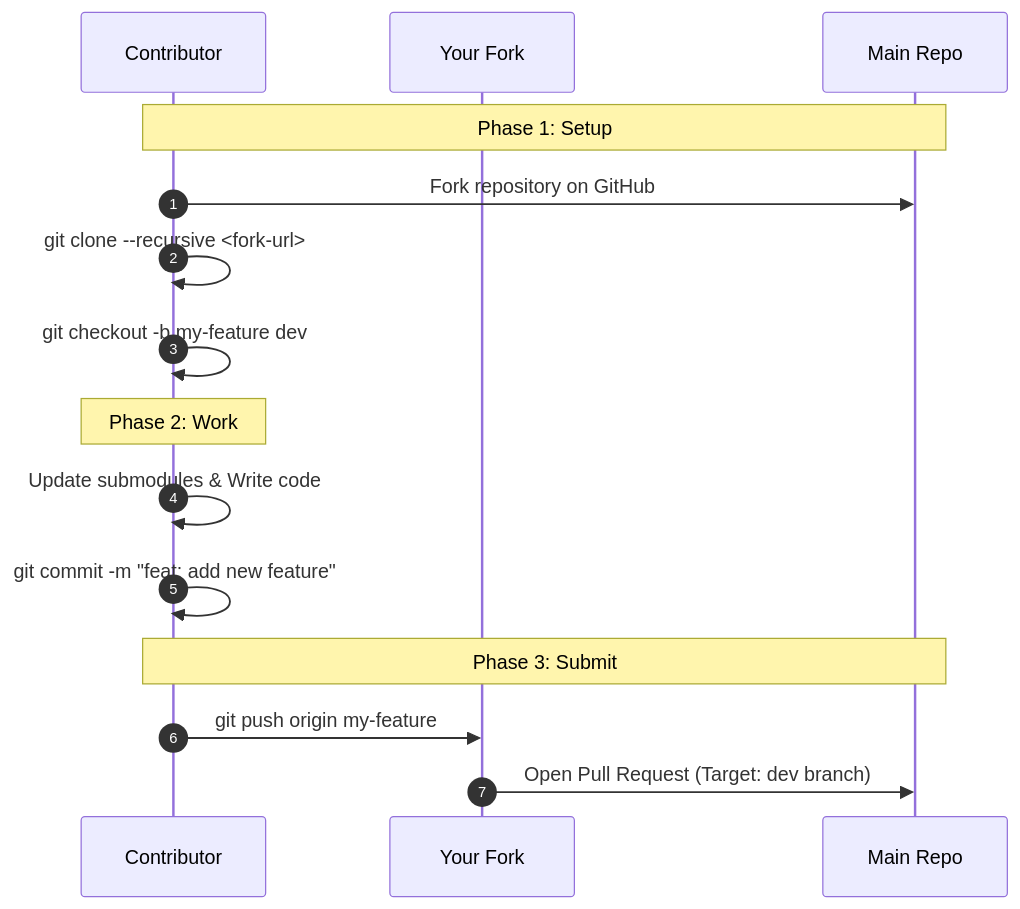
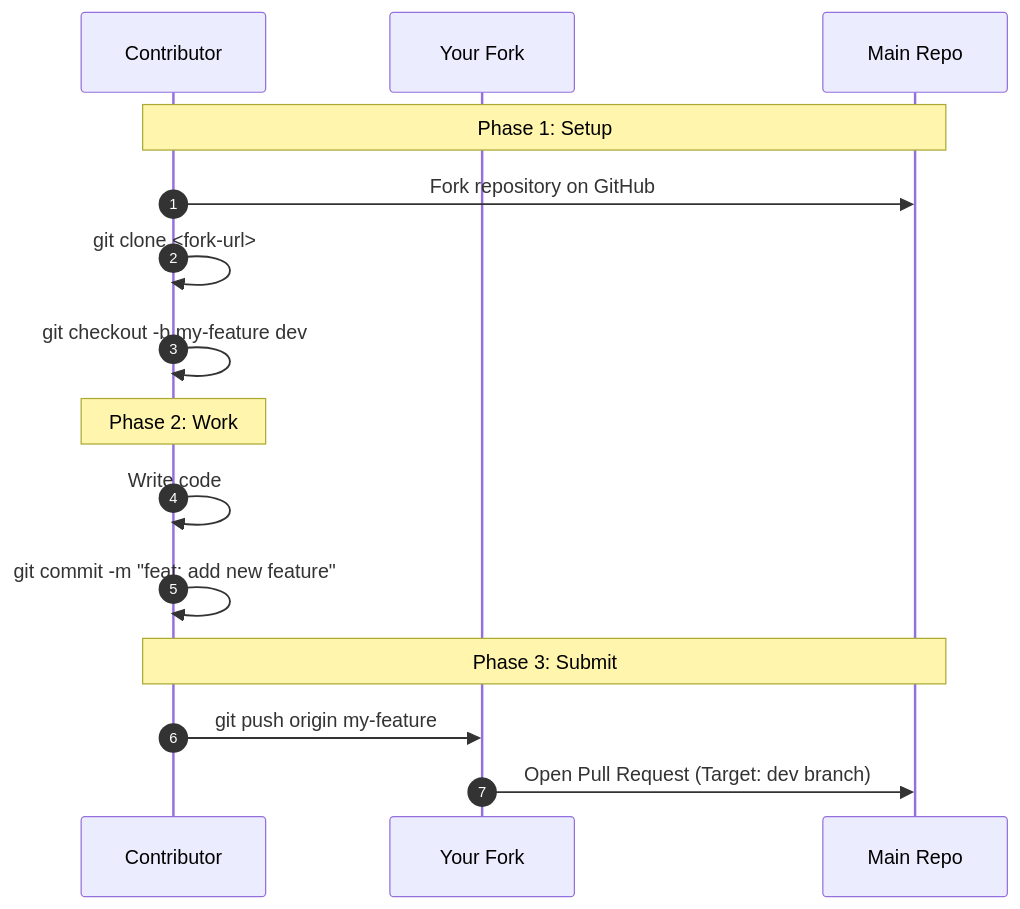
One commit to Mehmetmrtgl/library_chatbot changed the third of 3 diagrams in README.md. Above: the diagram before and after it, drawn with Mermaid. The commit also changed other lines of this file and 5 other files, not shown here.

````diff
--- a/README.md
+++ b/README.md
@@ -214,20 +210,20 @@
 ```mermaid
 sequenceDiagram
     autonumber
     participant Contributor
     participant Fork as Your Fork
     participant Main as Main Repo
 
     Note over Contributor, Main: Phase 1: Setup
     Contributor->>Main: Fork repository on GitHub
-    Contributor->>Contributor: git clone --recursive <fork-url>
+    Contributor->>Contributor: git clone <fork-url>
     Contributor->>Contributor: git checkout -b my-feature dev
 
     Note over Contributor: Phase 2: Work
-    Contributor->>Contributor: Update submodules & Write code
+    Contributor->>Contributor: Write code
     Contributor->>Contributor: git commit -m "feat: add new feature"
 
     Note over Contributor, Main: Phase 3: Submit
     Contributor->>Fork: git push origin my-feature
     Fork->>Main: Open Pull Request (Target: dev branch)
 ```
````
